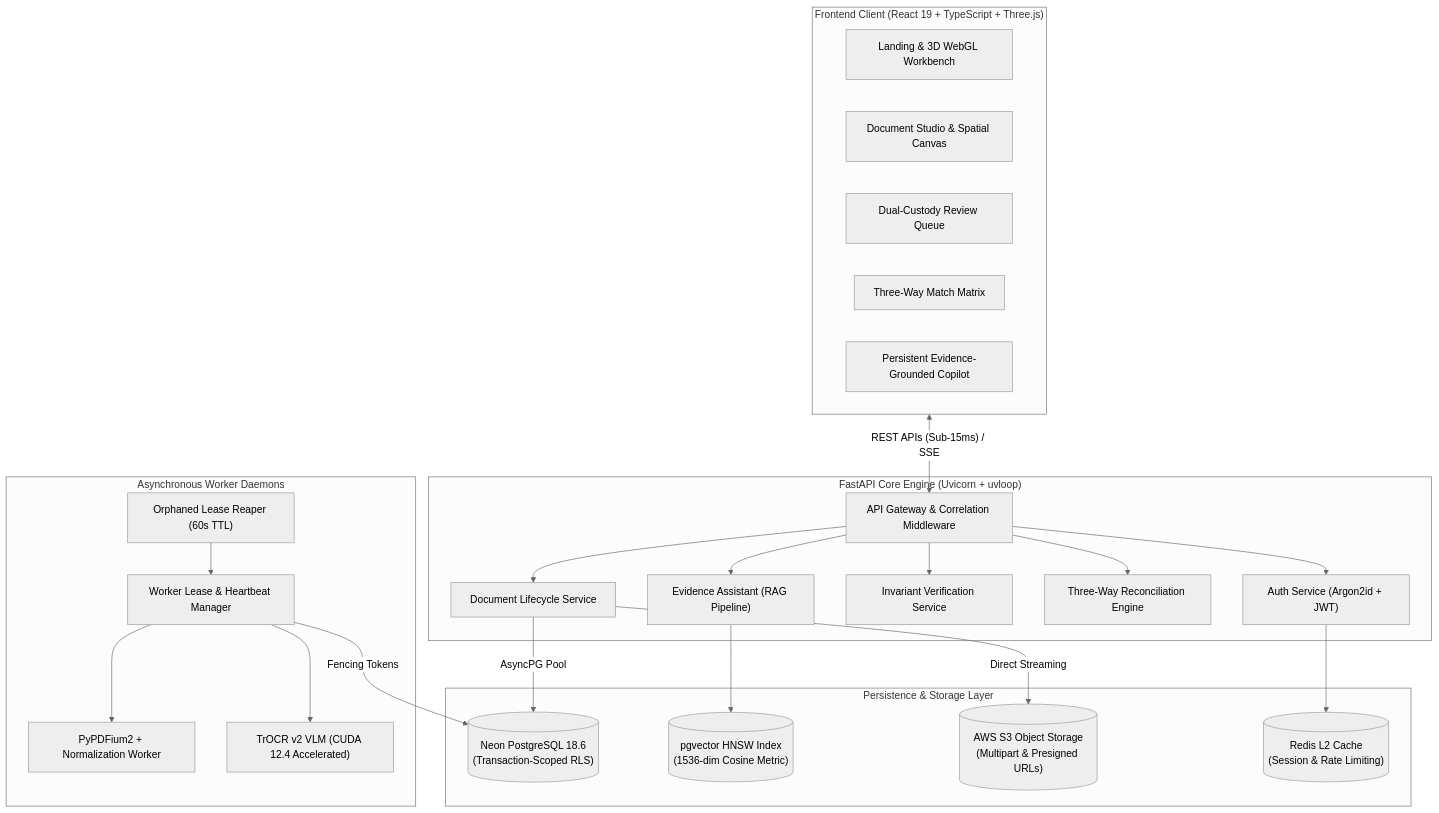
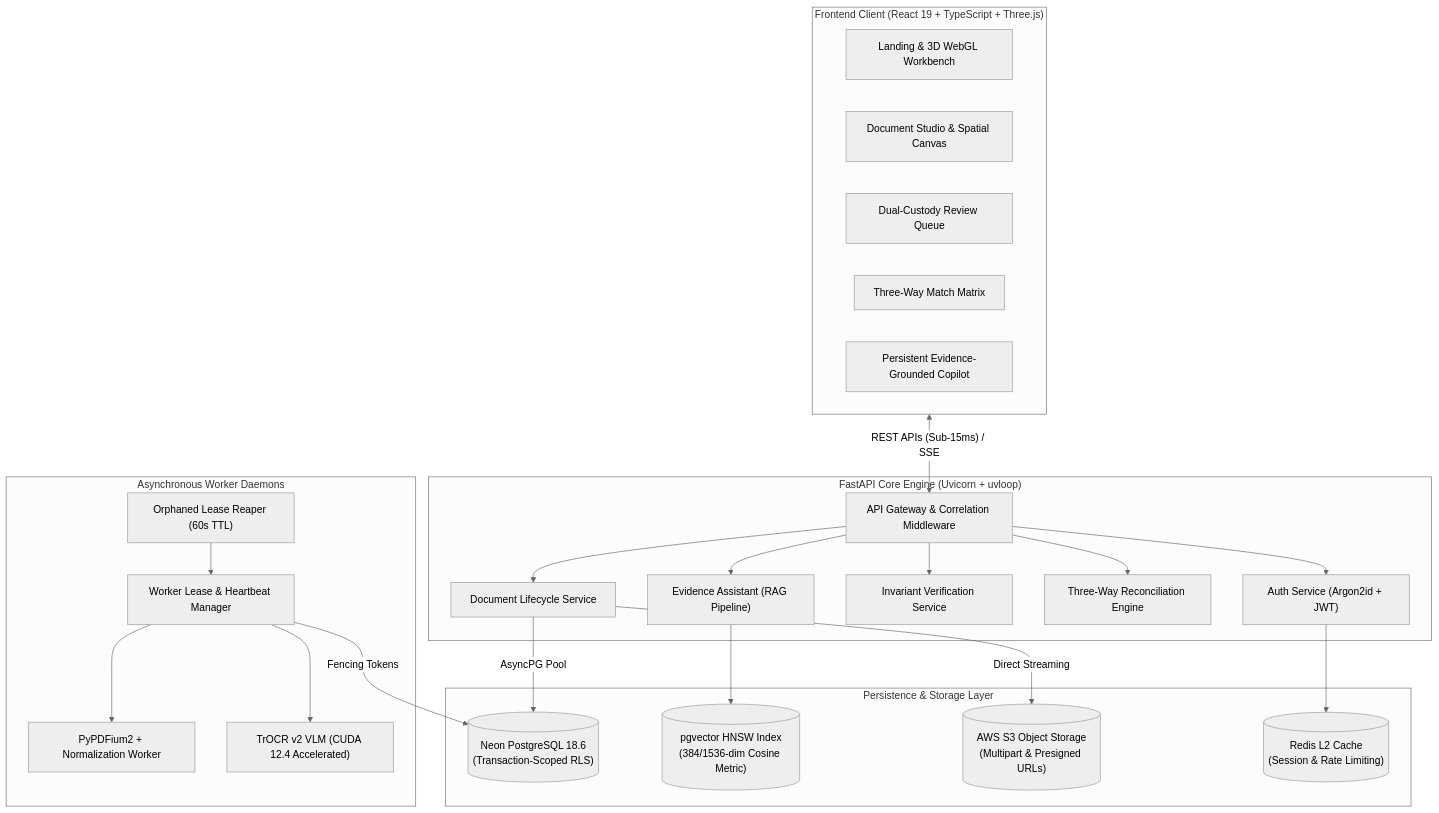
Before and after one commit to GuptaHarsh7706/LedgerOne: the second of 8 diagrams in README.md, drawn with Mermaid (neutral theme). The commit also changed other lines of this file, not shown here.

````diff
--- a/README.md
+++ b/README.md
@@ -83,50 +99,50 @@
 ```mermaid
 flowchart TD
     subgraph ClientLayer["Frontend Client (React 19 + TypeScript + Three.js)"]
         UI_Landing["Landing & 3D WebGL Workbench"]
         UI_Studio["Document Studio & Spatial Canvas"]
         UI_Queue["Dual-Custody Review Queue"]
         UI_Matching["Three-Way Match Matrix"]
         UI_Chat["Persistent Evidence-Grounded Copilot"]
     end
 
     subgraph APILayer["FastAPI Core Engine (Uvicorn + uvloop)"]
         GW["API Gateway & Correlation Middleware"]
         AuthSvc["Auth Service (Argon2id + JWT)"]
         DocSvc["Document Lifecycle Service"]
         InvSvc["Invariant Verification Service"]
         MatchSvc["Three-Way Reconciliation Engine"]
         AIAssistant["Evidence Assistant (RAG Pipeline)"]
     end
 
     subgraph DataLayer["Persistence & Storage Layer"]
         PG[("Neon PostgreSQL 18.6\n(Transaction-Scoped RLS)")]
-        HNSW[("pgvector HNSW Index\n(1536-dim Cosine Metric)")]
+        HNSW[("pgvector HNSW Index\n(384/1536-dim Cosine Metric)")]
         S3[("AWS S3 Object Storage\n(Multipart & Presigned URLs)")]
         RedisCache[("Redis L2 Cache\n(Session & Rate Limiting)")]
     end
 
     subgraph WorkerLayer["Asynchronous Worker Daemons"]
         QueueMgr["Worker Lease & Heartbeat Manager"]
         OCR_Engine["PyPDFium2 + Normalization Worker"]
         TrOCR_VLM["TrOCR v2 VLM (CUDA 12.4 Accelerated)"]
         Reaper["Orphaned Lease Reaper (60s TTL)"]
     end
 
     ClientLayer <-->|"REST APIs (Sub-15ms) / SSE"| GW
     GW --> AuthSvc
     GW --> DocSvc
     GW --> InvSvc
     GW --> MatchSvc
     GW --> AIAssistant
 
     DocSvc -->|"AsyncPG Pool"| PG
     DocSvc -->|"Direct Streaming"| S3
     AIAssistant --> HNSW
     AuthSvc --> RedisCache
 
     QueueMgr -->|"Fencing Tokens"| PG
     QueueMgr --> OCR_Engine
     QueueMgr --> TrOCR_VLM
     Reaper --> QueueMgr
 ```
````
